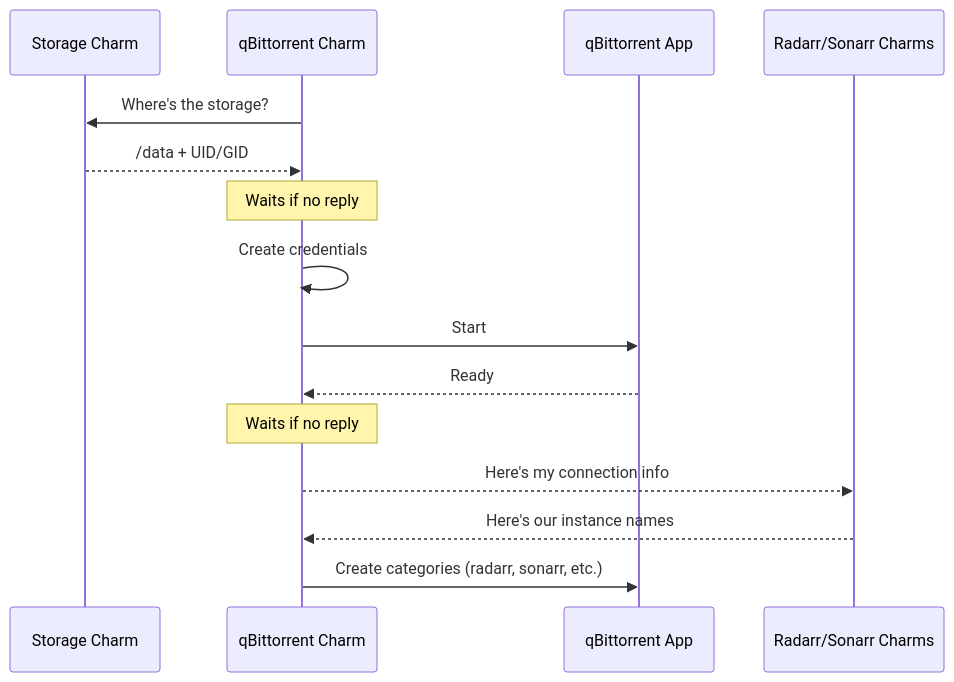
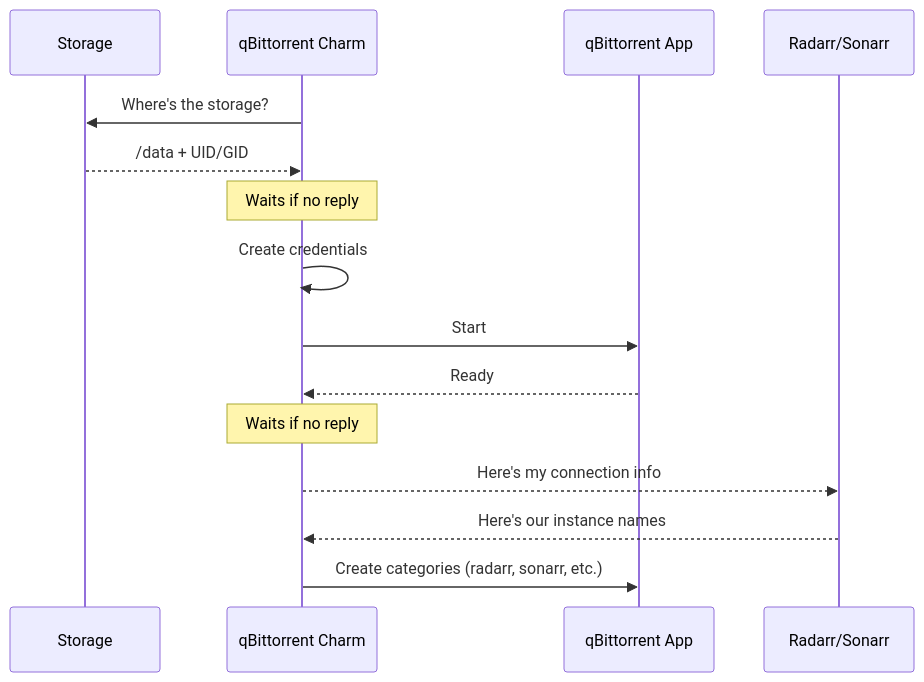
The first of 2 diagrams in docs/charms/download-client.md (charmarr/charmarr), drawn with Mermaid before and after one commit. The commit also changed other lines of this file and 23 other files, not shown here.

````diff
--- a/docs/charms/download-client.md
+++ b/docs/charms/download-client.md
@@ -24,20 +24,20 @@
 ```mermaid
 sequenceDiagram
-    participant SC as Storage Charm
+    participant Storage
     participant QC as qBittorrent Charm
     participant QB as qBittorrent App
-    participant RC as Radarr/Sonarr Charms
+    participant RC as Radarr/Sonarr
 
-    QC->>SC: Where's the storage?
-    SC-->>QC: /data + UID/GID
+    QC->>Storage: Where's the storage?
+    Storage-->>QC: /data + UID/GID
     Note over QC: Waits if no reply
 
     QC->>QC: Create credentials
     QC->>QB: Start
     QB-->>QC: Ready
     Note over QC: Waits if no reply
 
     QC-->>RC: Here's my connection info
     RC-->>QC: Here's our instance names
     QC->>QB: Create categories (radarr, sonarr, etc.)
 ```
````
